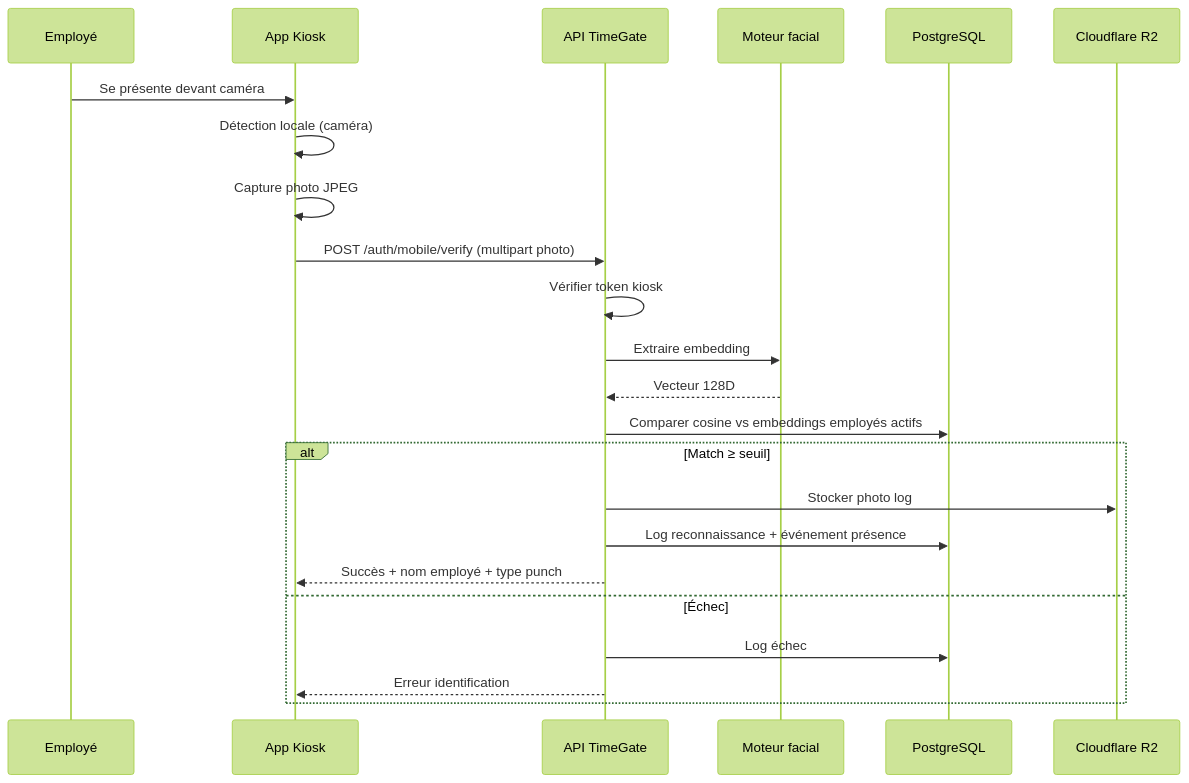
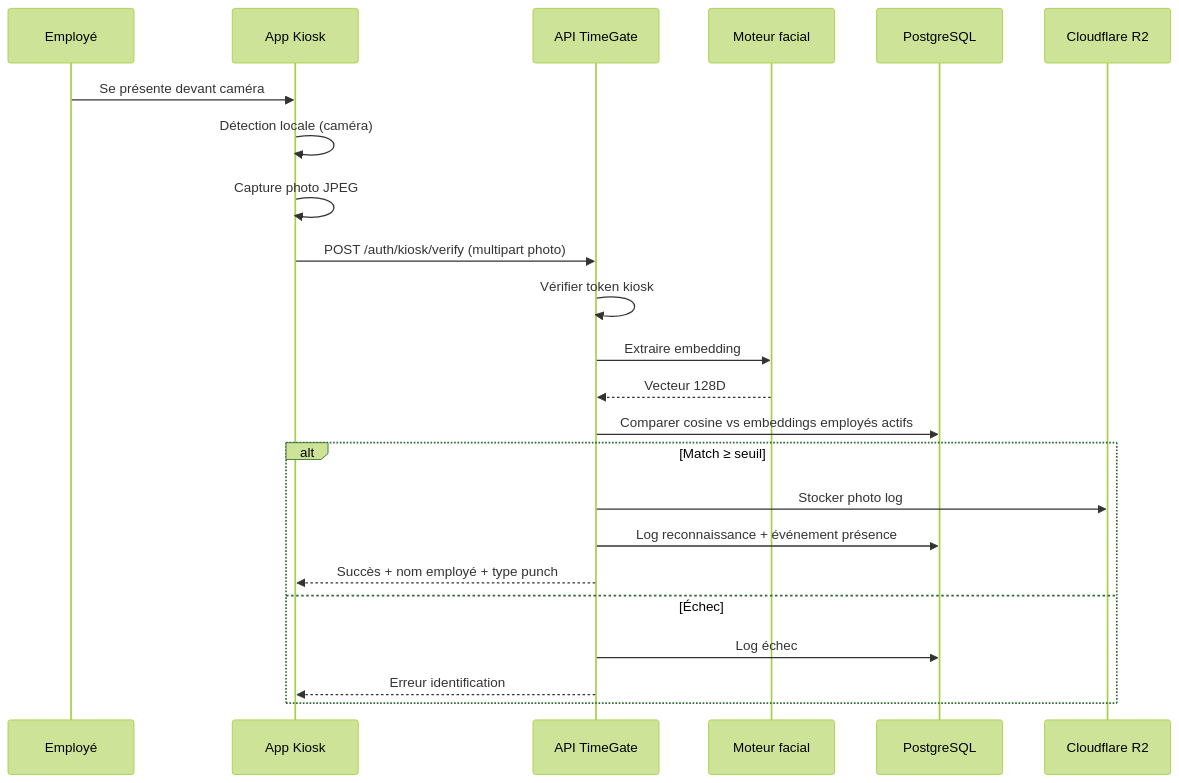
Before and after one commit to ksthecrowned/timegate: the third of 7 diagrams in docs/afritech-2026/dat-afritech-2026.md, drawn with Mermaid (forest theme). The commit also changed other lines of this file and 15 other files, not shown here.

First line of the commit message:
chore: transition mobile app references to kiosk app

````diff
--- a/docs/afritech-2026/dat-afritech-2026.md
+++ b/docs/afritech-2026/dat-afritech-2026.md
@@ -373,26 +373,26 @@
 ```mermaid
 sequenceDiagram
     participant E as Employé
     participant K as App Kiosk
     participant API as API TimeGate
     participant PY as Moteur facial
     participant DB as PostgreSQL
     participant R2 as Cloudflare R2
 
     E->>K: Se présente devant caméra
     K->>K: Détection locale (caméra)
     K->>K: Capture photo JPEG
-    K->>API: POST /auth/mobile/verify (multipart photo)
+    K->>API: POST /auth/kiosk/verify (multipart photo)
     API->>API: Vérifier token kiosk
     API->>PY: Extraire embedding
     PY-->>API: Vecteur 128D
     API->>DB: Comparer cosine vs embeddings employés actifs
     alt Match ≥ seuil
         API->>R2: Stocker photo log
         API->>DB: Log reconnaissance + événement présence
         API-->>K: Succès + nom employé + type punch
     else Échec
         API->>DB: Log échec
         API-->>K: Erreur identification
     end
 ```
````
